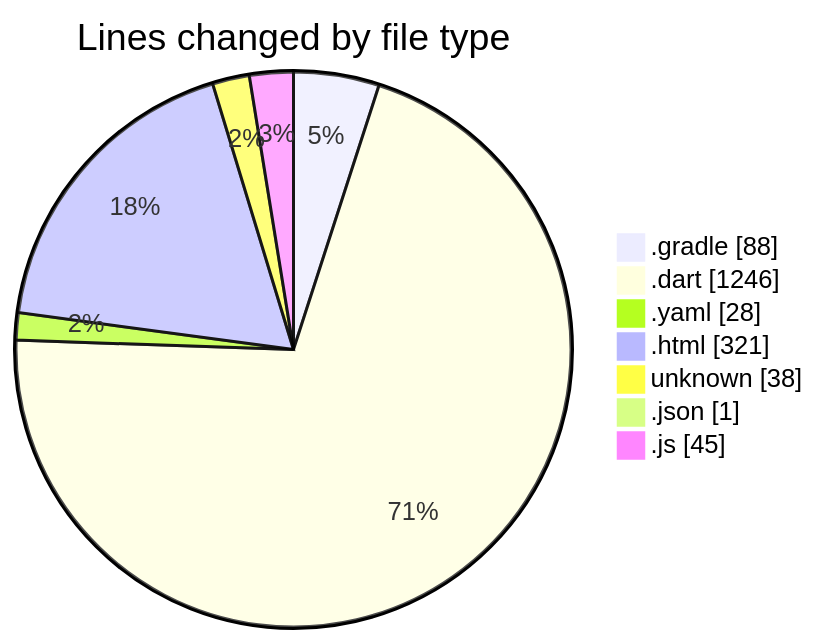
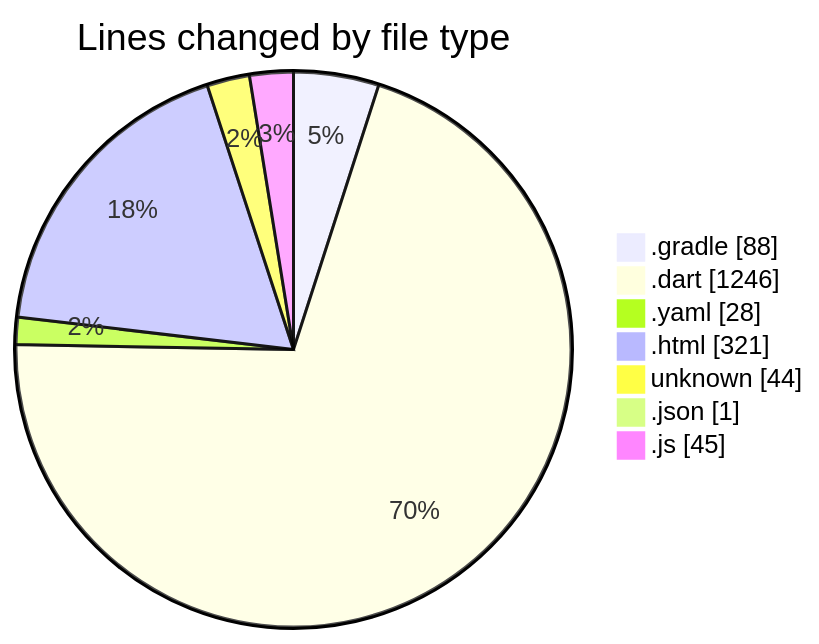
The first of 2 diagrams in 2025-09-07/quanlylink/README.md (lephambinh05/code-tracking), drawn with Mermaid before and after one commit. The commit also changed other lines of this file and 1 other file, not shown here.

````diff
--- a/2025-09-07/quanlylink/README.md
+++ b/2025-09-07/quanlylink/README.md
@@ -35,11 +35,11 @@
 ```mermaid
 pie showData
 title Lines changed by file type
 ".gradle" : 88
 ".dart" : 1246
 ".yaml" : 28
 ".html" : 321
-"unknown" : 38
+"unknown" : 44
 ".json" : 1
 ".js" : 45
 ```
````
